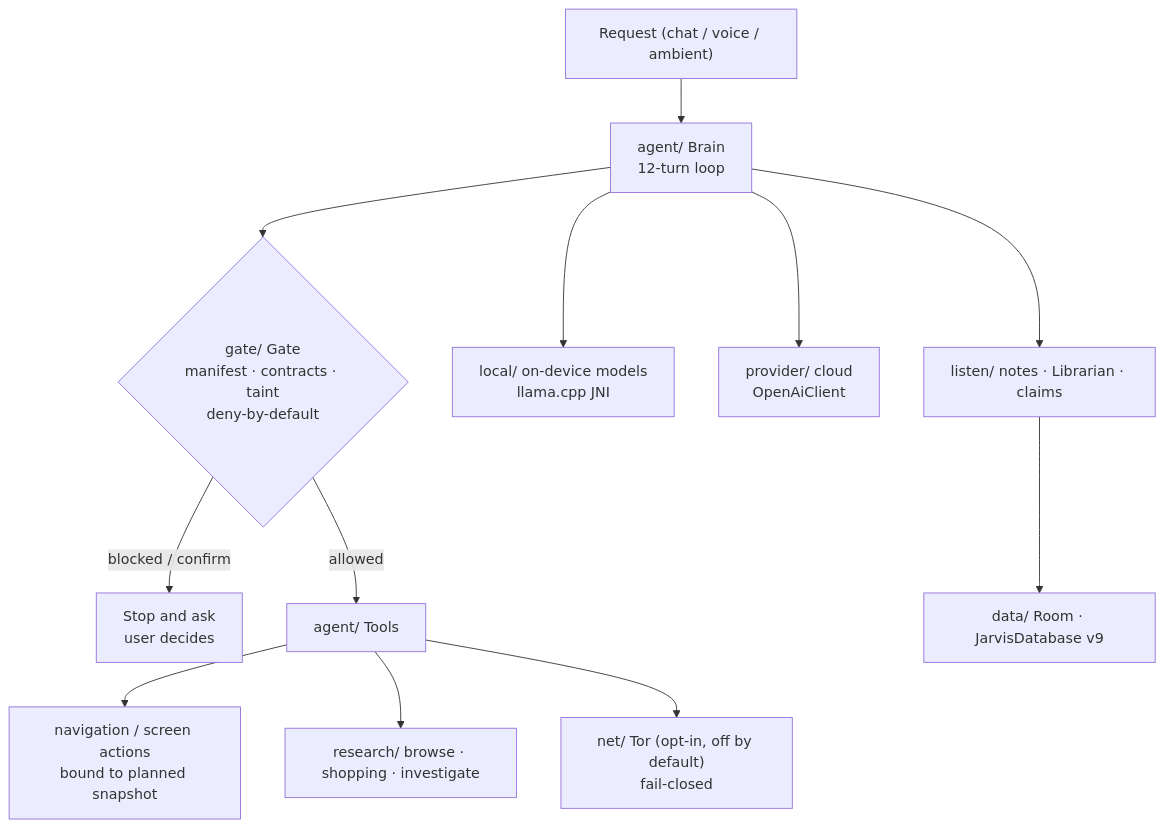
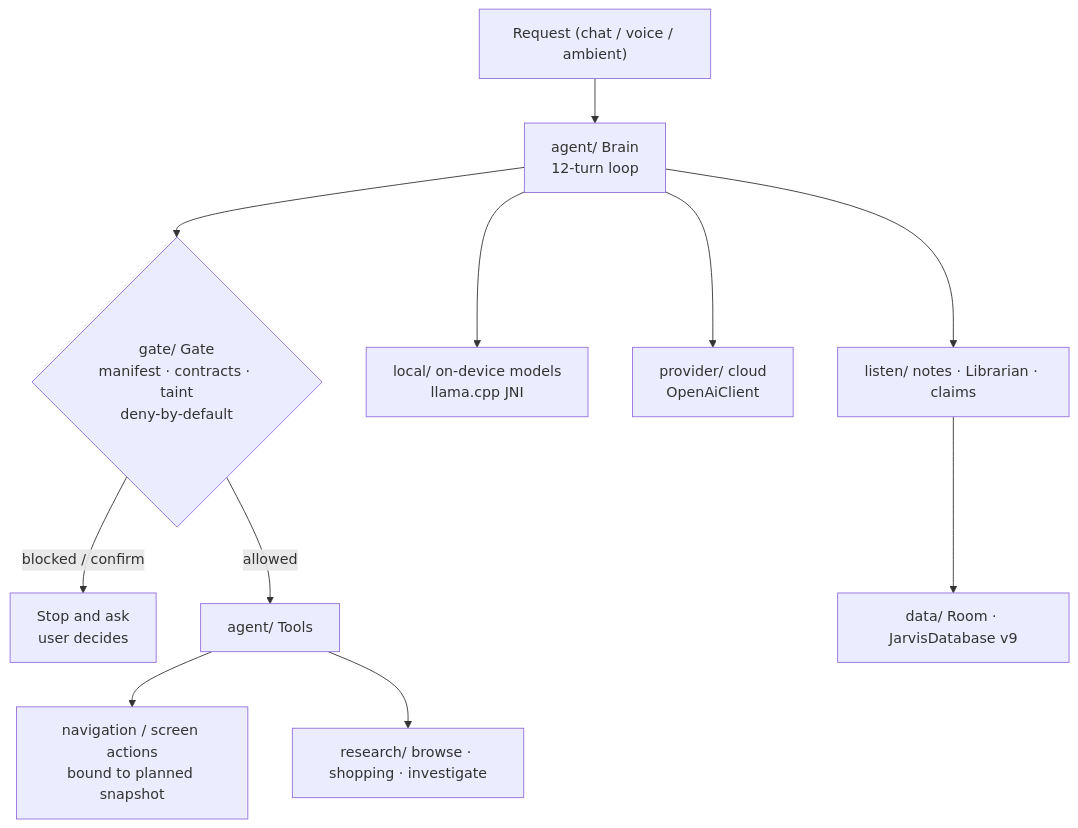
The second of 3 diagrams in ARCHITECTURE.md (Arbloodhound/Jarvis), drawn with Mermaid before and after one commit. The commit also changed other lines of this file and 15 other files, not shown here.

````diff
--- a/ARCHITECTURE.md
+++ b/ARCHITECTURE.md
@@ -53,14 +52,13 @@
 ```mermaid
 flowchart TD
   REQ["Request (chat / voice / ambient)"] --> BRAIN["agent/ Brain<br/>12-turn loop"]
   BRAIN --> GATE{"gate/ Gate<br/>manifest · contracts · taint<br/>deny-by-default"}
   GATE -- "blocked / confirm" --> ASK["Stop and ask<br/>user decides"]
   GATE -- "allowed" --> TOOLS["agent/ Tools"]
   TOOLS --> NAV["navigation / screen actions<br/>bound to planned snapshot"]
   TOOLS --> RES["research/ browse · shopping · investigate"]
-  TOOLS --> NET["net/ Tor (opt-in, off by default)<br/>fail-closed"]
   BRAIN --> LOCAL["local/ on-device models<br/>llama.cpp JNI"]
   BRAIN --> PROV["provider/ cloud<br/>OpenAiClient"]
   BRAIN --> LISTEN["listen/ notes · Librarian · claims"]
   LISTEN --> DATA["data/ Room · JarvisDatabase v9"]
 ```
````
